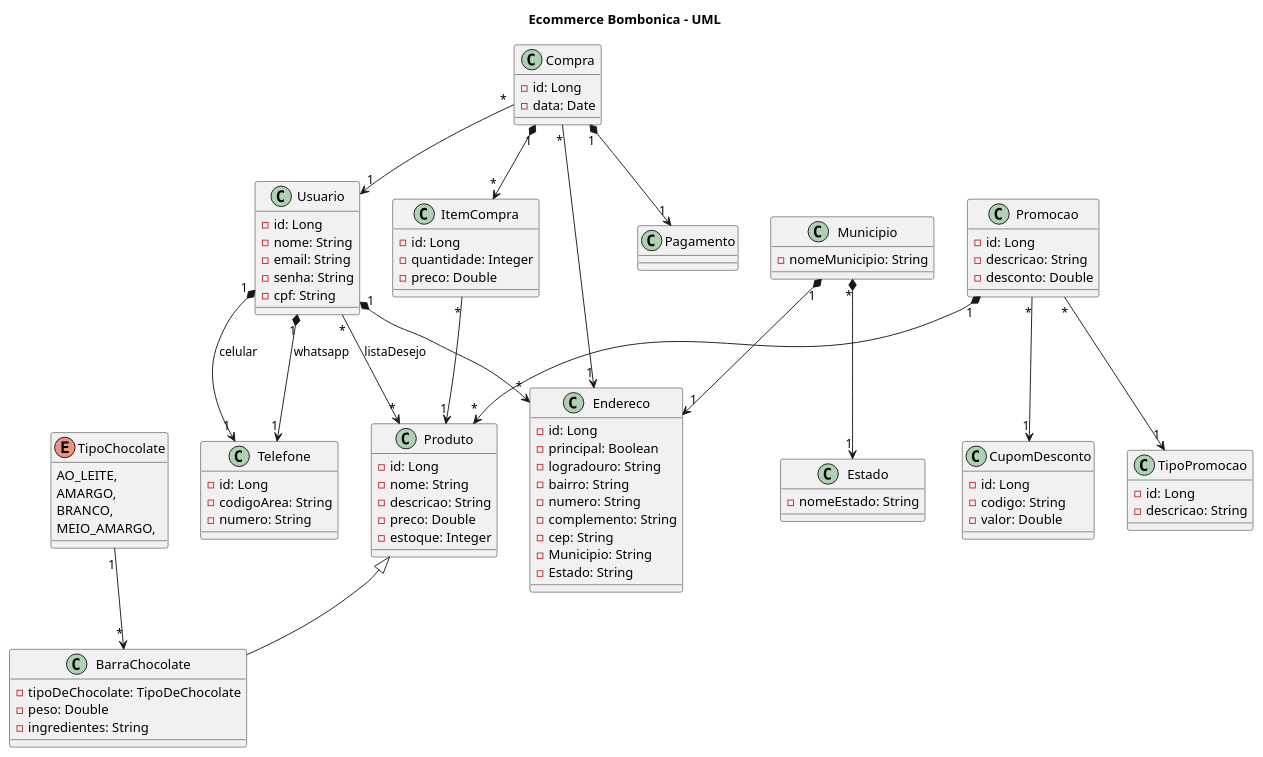
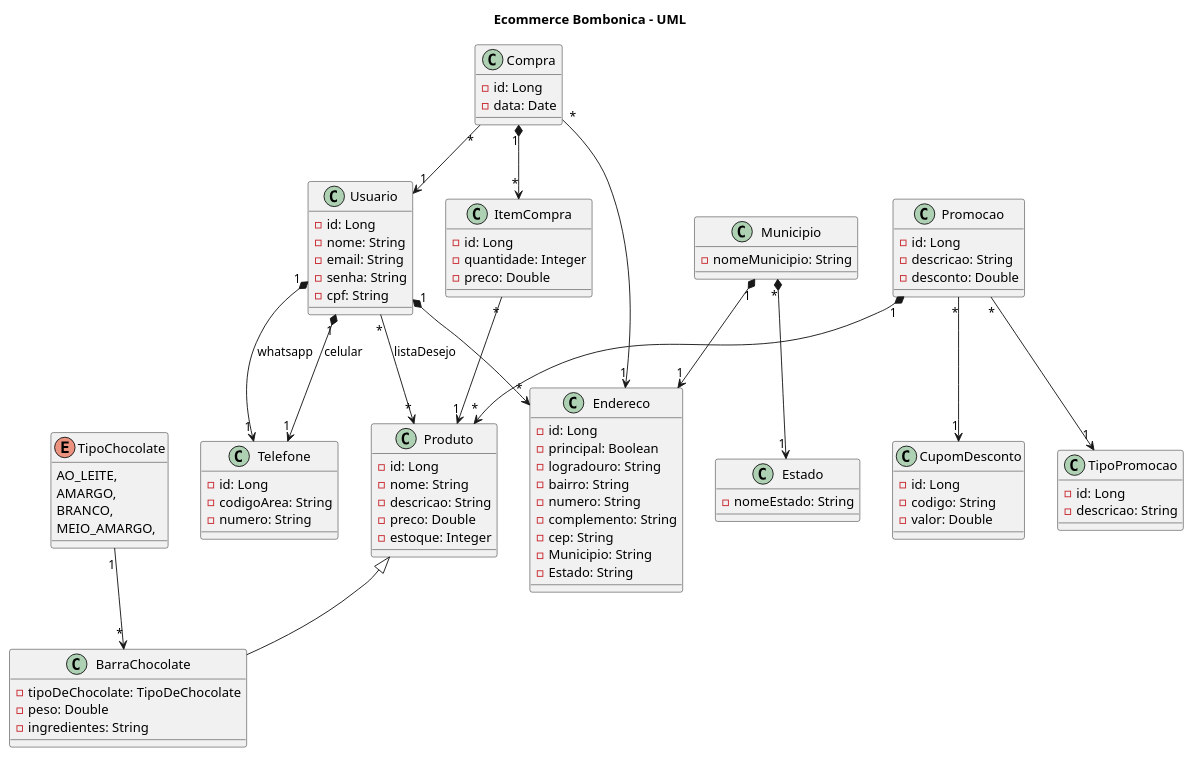
Before and after one commit to muniznicole/EcommerceBombonica: the diagram in Bombonica.plantuml, drawn with PlantUML.

Commit message:
REMOVE
Remoção de um relacionamento

```diff
--- a/Bombonica.plantuml
+++ b/Bombonica.plantuml
@@ -1,111 +1,110 @@
 @startuml Bombonica
 
     title Ecommerce Bombonica - UML
 
     class Produto {
         - id: Long
         - nome: String
         - descricao: String
         - preco: Double
         - estoque: Integer
     }
 
     class BarraChocolate {
         - tipoDeChocolate: TipoDeChocolate
         - peso: Double
         - ingredientes: String
     }
 
     enum TipoChocolate {
         AO_LEITE,
         AMARGO,
         BRANCO,
         MEIO_AMARGO,
     }
 
     class Usuario {
         - id: Long
         - nome: String
         - email: String
         - senha: String
         - cpf: String
     }
 
     class Telefone {
         - id: Long
         - codigoArea: String
         - numero: String
     }
 
     class Compra {
         - id: Long
         - data: Date
     }
 
     class ItemCompra {
         - id: Long
         - quantidade: Integer
         - preco: Double
     }
 
     class Endereco {
         - id: Long
         - principal: Boolean
         - logradouro: String
         - bairro: String
         - numero: String
         - complemento: String
         - cep: String
         - Municipio: String
         - Estado: String 
     }
 
     class Municipio{
         - nomeMunicipio: String
     }
 
     class Estado {
         - nomeEstado: String
     }
 
     class TipoPromocao {
         - id: Long
         - descricao: String
     }
 
     class Promocao {
         - id: Long
         - descricao: String
         - desconto: Double
     }
 
     class CupomDesconto {
         - id: Long
         - codigo: String
         - valor: Double
     }
 
     Produto <|-- BarraChocolate
 
     TipoChocolate "1" --> "*" BarraChocolate
 
     Usuario "*" --> "*" Produto: listaDesejo
     Usuario "1" *--> "1" Telefone: celular
     Usuario "1" *--> "1" Telefone: whatsapp
     Usuario "1" *--> "*" Endereco
 
     Municipio "1" *--> "1" Endereco  
     Municipio "*" *--> "1" Estado
 
     Compra "1" *--> "*" ItemCompra
     Compra "*" --> "1" Usuario
     Compra "*" --> "1" Endereco
-    Compra "1" *--> "1" Pagamento
 
     ItemCompra "*" --> "1" Produto
    
     Promocao "1" *--> "*" Produto
     Promocao "*" --> "1" CupomDesconto
     Promocao "*" --> "1" TipoPromocao
 
 @enduml
```
